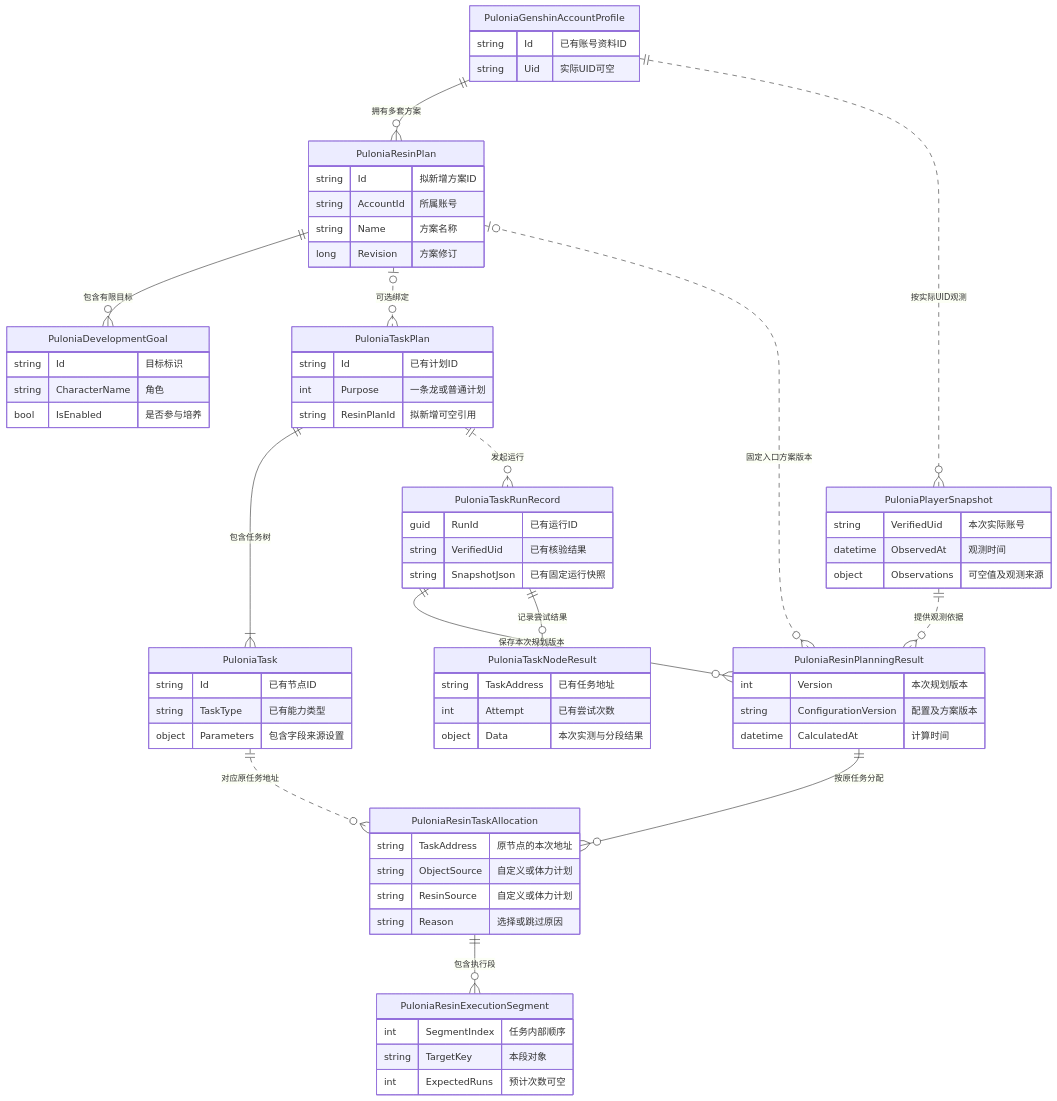
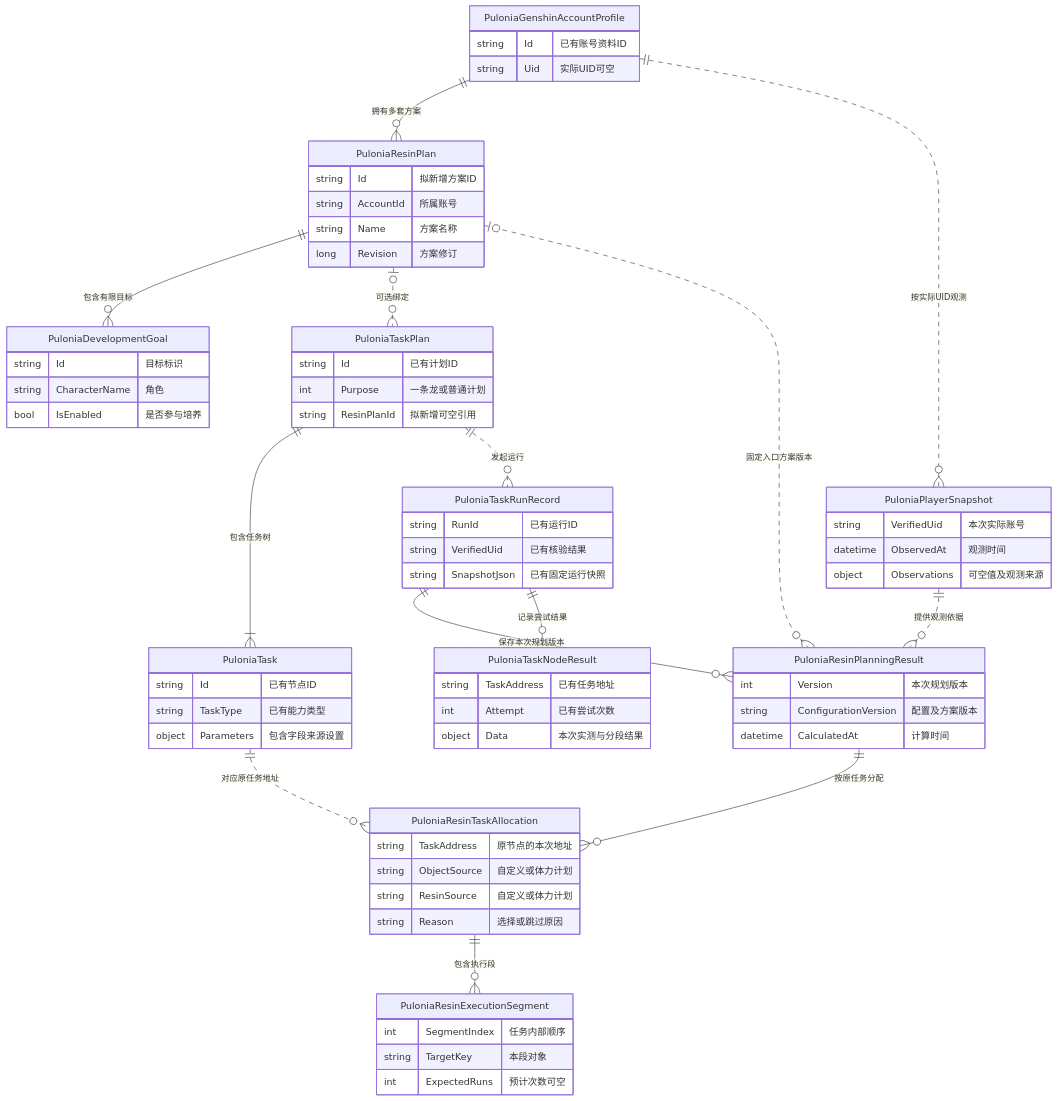
One commit to babalae/better-genshin-impact changed the second of 4 diagrams in Docs/design/pulonia/resin-plan.md. Above: the diagram before and after it, drawn with Mermaid. The commit also changed 75 other files, not shown here.

````diff
--- a/Docs/design/pulonia/resin-plan.md
+++ b/Docs/design/pulonia/resin-plan.md
@@ -161,73 +161,73 @@
 ```mermaid
 erDiagram
     PuloniaGenshinAccountProfile ||--o{ PuloniaResinPlan : "拥有多套方案"
     PuloniaResinPlan ||--o{ PuloniaDevelopmentGoal : "包含有限目标"
     PuloniaResinPlan o|..o{ PuloniaTaskPlan : "可选绑定"
     PuloniaTaskPlan ||--|{ PuloniaTask : "包含任务树"
     PuloniaGenshinAccountProfile ||..o{ PuloniaPlayerSnapshot : "按实际UID观测"
     PuloniaTaskPlan ||..o{ PuloniaTaskRunRecord : "发起运行"
     PuloniaTaskRunRecord ||--o{ PuloniaResinPlanningResult : "保存本次规划版本"
     PuloniaResinPlan o|..o{ PuloniaResinPlanningResult : "固定入口方案版本"
     PuloniaPlayerSnapshot ||..o{ PuloniaResinPlanningResult : "提供观测依据"
     PuloniaResinPlanningResult ||--o{ PuloniaResinTaskAllocation : "按原任务分配"
     PuloniaTask ||..o{ PuloniaResinTaskAllocation : "对应原任务地址"
     PuloniaResinTaskAllocation ||--o{ PuloniaResinExecutionSegment : "包含执行段"
     PuloniaTaskRunRecord ||--o{ PuloniaTaskNodeResult : "记录尝试结果"
 
     PuloniaGenshinAccountProfile {
         string Id "已有账号资料ID"
         string Uid "实际UID可空"
     }
     PuloniaResinPlan {
         string Id "拟新增方案ID"
         string AccountId "所属账号"
         string Name "方案名称"
         long Revision "方案修订"
     }
     PuloniaDevelopmentGoal {
         string Id "目标标识"
         string CharacterName "角色"
         bool IsEnabled "是否参与培养"
     }
     PuloniaTaskPlan {
         string Id "已有计划ID"
         int Purpose "一条龙或普通计划"
         string ResinPlanId "拟新增可空引用"
     }
     PuloniaTask {
         string Id "已有节点ID"
         string TaskType "已有能力类型"
         object Parameters "包含字段来源设置"
     }
     PuloniaPlayerSnapshot {
         string VerifiedUid "本次实际账号"
         datetime ObservedAt "观测时间"
         object Observations "可空值及观测来源"
     }
     PuloniaTaskRunRecord {
-        guid RunId "已有运行ID"
+        string RunId "已有运行ID"
         string VerifiedUid "已有核验结果"
         string SnapshotJson "已有固定运行快照"
     }
     PuloniaResinPlanningResult {
         int Version "本次规划版本"
         string ConfigurationVersion "配置及方案版本"
         datetime CalculatedAt "计算时间"
     }
     PuloniaResinTaskAllocation {
         string TaskAddress "原节点的本次地址"
         string ObjectSource "自定义或体力计划"
         string ResinSource "自定义或体力计划"
         string Reason "选择或跳过原因"
     }
     PuloniaResinExecutionSegment {
         int SegmentIndex "任务内部顺序"
         string TargetKey "本段对象"
         int ExpectedRuns "预计次数可空"
     }
     PuloniaTaskNodeResult {
         string TaskAddress "已有任务地址"
         int Attempt "已有尝试次数"
         object Data "本次实测与分段结果"
     }
 ```
````
